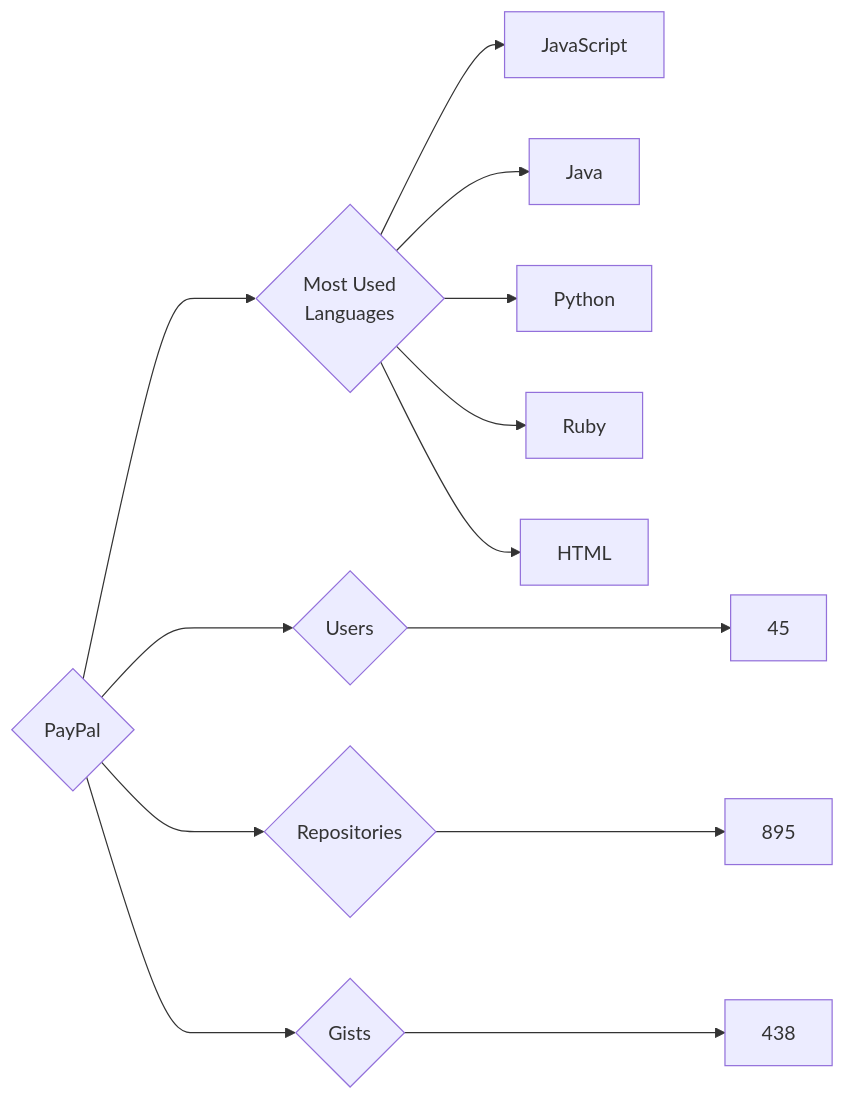
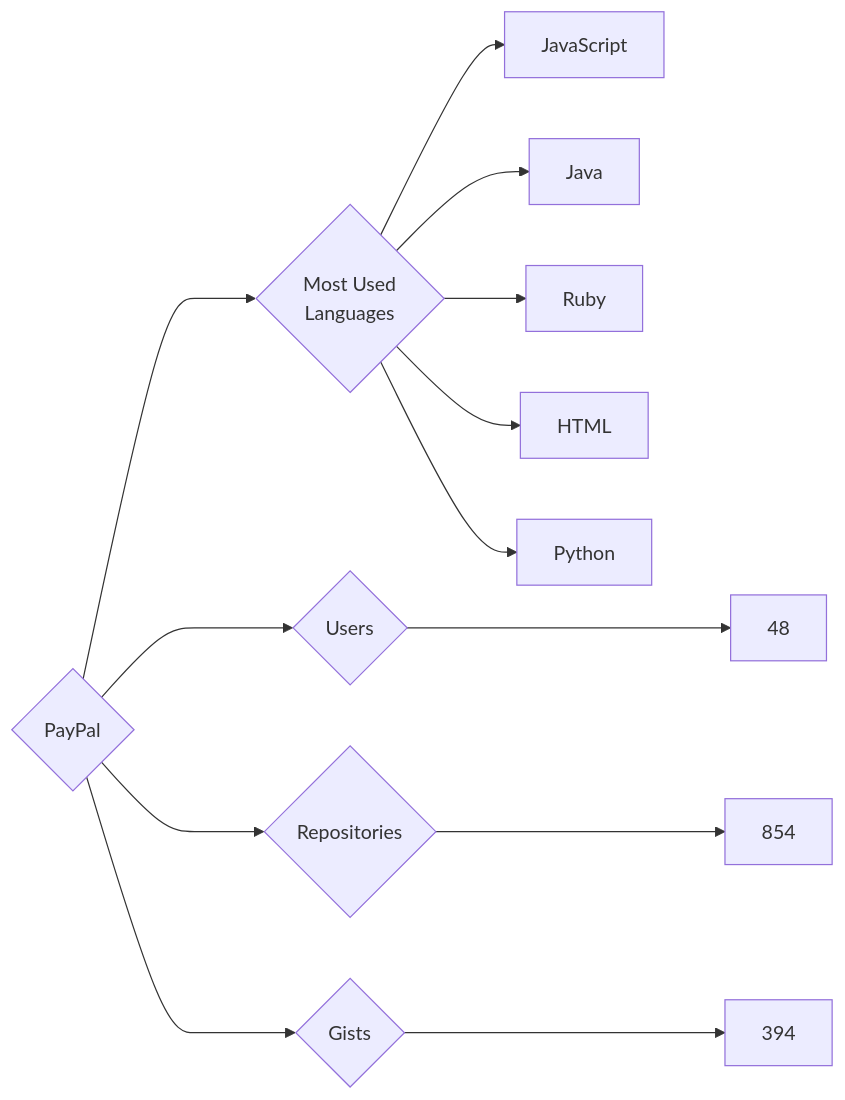
One commit to trickest/insiders changed the diagram in targets/PayPal/README.md. Above: the diagram before and after it, drawn with Mermaid. The commit also changed 912 other files, not shown here.

````diff
--- a/targets/PayPal/README.md
+++ b/targets/PayPal/README.md
@@ -3,13 +3,13 @@
 ```mermaid
 graph LR
 COMPANY_NAME{PayPal}
-COMPANY_NAME ---> U{Users} ---> UN[45]
-COMPANY_NAME ---> R{Repositories} ---> RN[895]
-COMPANY_NAME ---> G{Gists} ---> GN[438]
+COMPANY_NAME ---> U{Users} ---> UN[48]
+COMPANY_NAME ---> R{Repositories} ---> RN[854]
+COMPANY_NAME ---> G{Gists} ---> GN[394]
 COMPANY_NAME ---> ML{Most Used<br>Languages}
 ML --> JavaScript[JavaScript]
 ML --> Java[Java]
-ML --> Python[Python]
 ML --> Ruby[Ruby]
 ML --> HTML[HTML]
+ML --> Python[Python]
 ```
````
